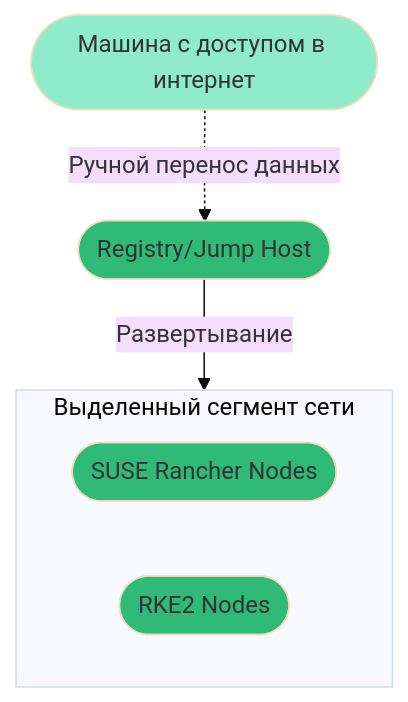
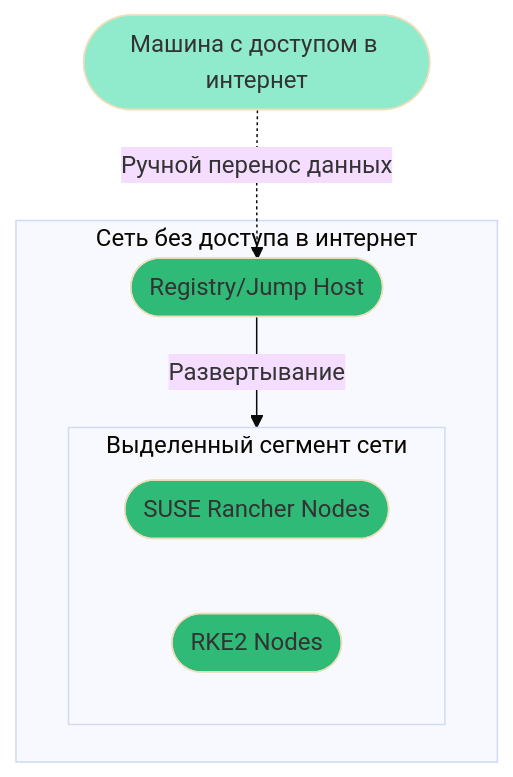
Before and after one commit to ppzhukov/airgap-10.2022: the diagram in README.md, drawn with Mermaid (base theme).

````diff
--- a/README.md
+++ b/README.md
@@ -5,16 +5,18 @@
 ```mermaid
 flowchart TB
 style id1 fill:#90EBCD
 style id2 fill:#30BA78
 style id3 fill:#30BA78
 style id4 fill:#30BA78
 
   id1([Машина с доступом в интернет])
-  id2(["Registry/Jump Host"])
-  id1 -.Ручной перенос данных.-> id2
-  id2 --> |Развертывание| d30
-  subgraph d30 ["Выделенный сегмент сети"]
-    id3([SUSE Rancher Nodes])
-    id4([RKE2 Nodes])
+  id1 -.Ручной перенос данных.-> id2  
+  subgraph d10 ["Сеть без доступа в интернет"]
+    id2(["Registry/Jump Host"])
+    id2 --> |Развертывание| d30
+    subgraph d30 ["Выделенный сегмент сети"]
+      id3([SUSE Rancher Nodes])
+      id4([RKE2 Nodes])
+    end
   end
 ```
````
